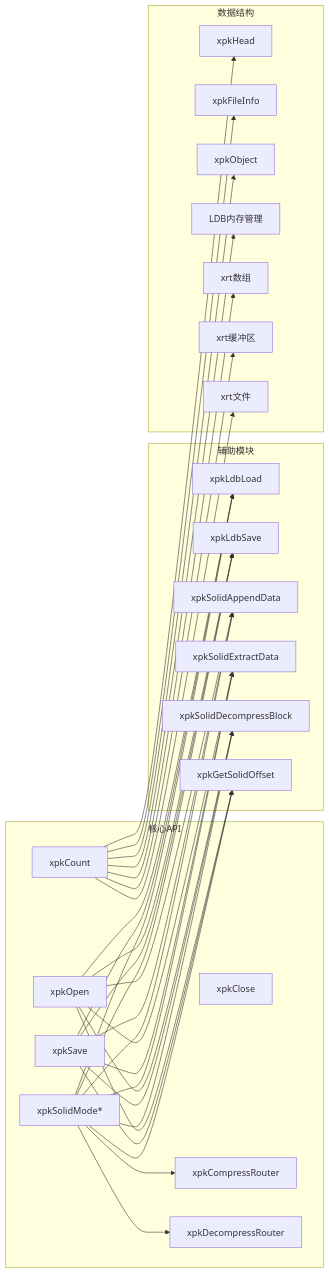
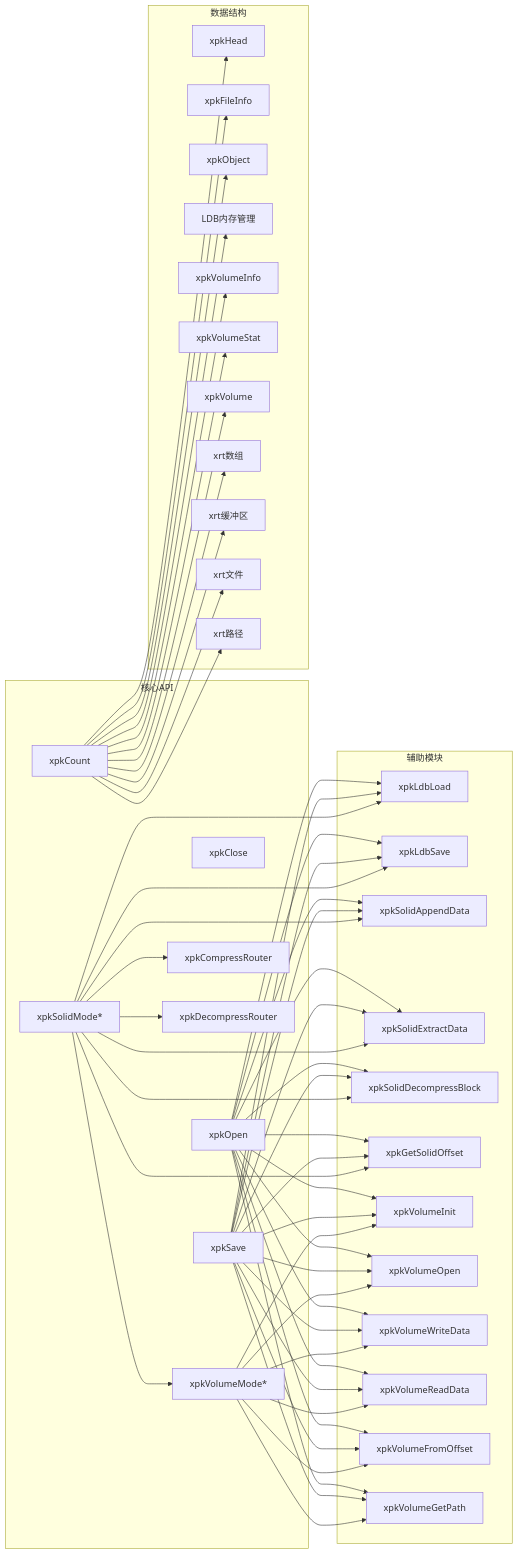
The eighth of 8 diagrams in .qoder/repowiki/zh/content/API参考手册/核心API函数.md (xywhsoft/xpack), drawn with Mermaid before and after one commit. The commit also changed other lines of this file and 42 other files, not shown here.

````diff
--- a/.qoder/repowiki/zh/content/API参考手册/核心API函数.md
+++ b/.qoder/repowiki/zh/content/API参考手册/核心API函数.md
@@ -712,45 +1275,72 @@
 C[xpkSave]
 D[xpkCount]
 E[xpkSolidMode*]
-F[xpkCompressRouter]
-G[xpkDecompressRouter]
+F[xpkVolumeMode*]
+G[xpkCompressRouter]
+H[xpkDecompressRouter]
 end
 subgraph "辅助模块"
-H[xpkLdbLoad]
-I[xpkLdbSave]
-J[xpkSolidAppendData]
-K[xpkSolidExtractData]
-L[xpkSolidDecompressBlock]
-M[xpkGetSolidOffset]
+I[xpkLdbLoad]
+J[xpkLdbSave]
+K[xpkSolidAppendData]
+L[xpkSolidExtractData]
+M[xpkSolidDecompressBlock]
+N[xpkGetSolidOffset]
+O[xpkVolumeInit]
+P[xpkVolumeOpen]
+Q[xpkVolumeWriteData]
+R[xpkVolumeReadData]
+S[xpkVolumeFromOffset]
+T[xpkVolumeGetPath]
 end
 subgraph "数据结构"
-N[xpkHead]
-O[xpkFileInfo]
-P[xpkObject]
-Q[LDB内存管理]
-R[xrt数组]
-S[xrt缓冲区]
-T[xrt文件]
+U[xpkHead]
+V[xpkFileInfo]
+W[xpkObject]
+X[LDB内存管理]
+Y[xpkVolumeInfo]
+Z[xpkVolumeStat]
+AA[xpkVolume]
+BB[xrt数组]
+CC[xrt缓冲区]
+DD[xrt文件]
+EE[xrt路径]
 end
-A --> H
 A --> I
 A --> J
 A --> K
 A --> L
 A --> M
-C --> H
+A --> N
+A --> O
+A --> P
+A --> Q
+A --> R
+A --> S
+A --> T
 C --> I
 C --> J
 C --> K
 C --> L
 C --> M
-D --> N
-D --> O
-D --> P
-D --> Q
-D --> R
-D --> S
-D --> T
+C --> N
+C --> O
+C --> P
+C --> Q
+C --> R
+C --> S
+C --> T
+D --> U
+D --> V
+D --> W
+D --> X
+D --> Y
+D --> Z
+D --> AA
+D --> BB
+D --> CC
+D --> DD
+D --> EE
 E --> F
 E --> G
 E --> H
@@ -759,4 +1349,11 @@
 E --> K
 E --> L
 E --> M
+E --> N
+F --> O
+F --> P
+F --> Q
+F --> R
+F --> S
+F --> T
 ```
````
